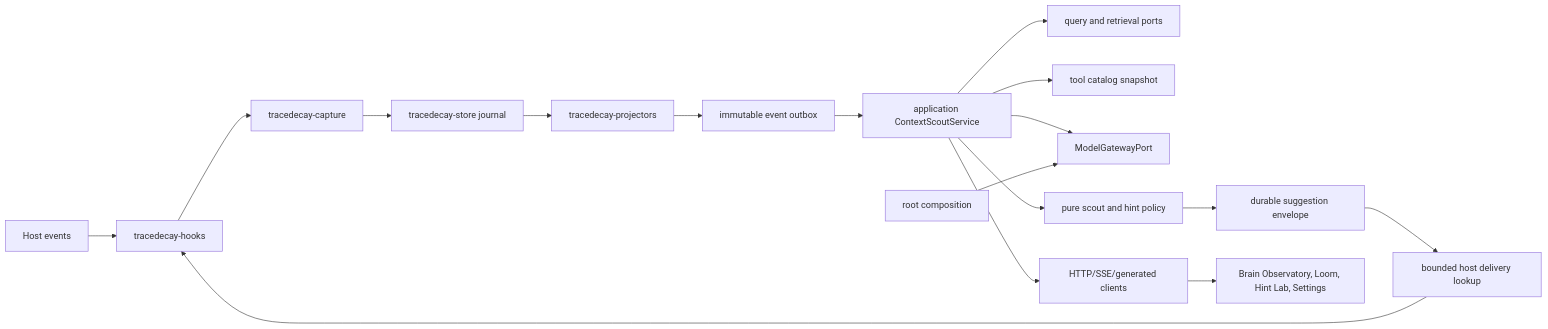
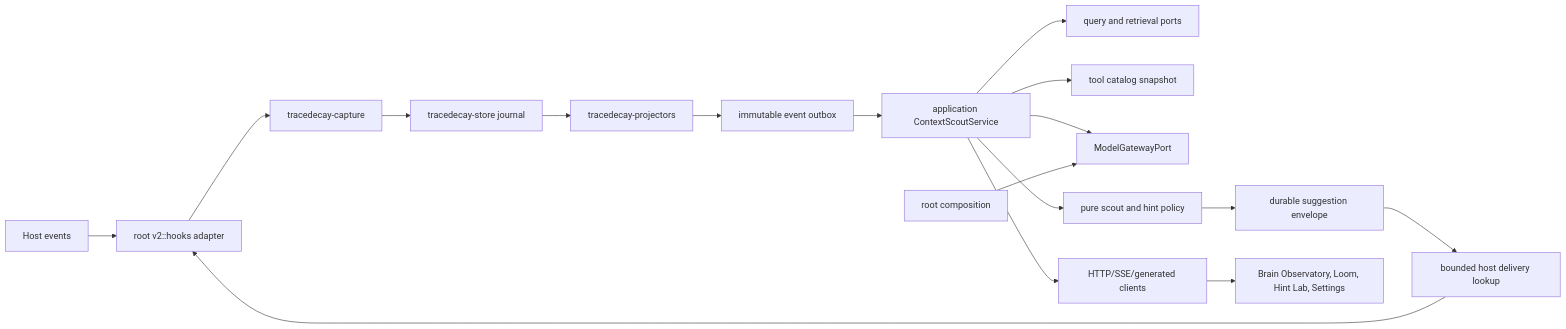
Before and after one commit to ScriptedAlchemy/tracedecay: the diagram in docs/plans/tracedecay-v2/22-incremental-context-scout-and-suggestion-envelopes.md, drawn with Mermaid. The commit also changed other lines of this file and 28 other files, not shown here.

````diff
--- a/docs/plans/tracedecay-v2/22-incremental-context-scout-and-suggestion-envelopes.md
+++ b/docs/plans/tracedecay-v2/22-incremental-context-scout-and-suggestion-envelopes.md
@@ -75,19 +76,19 @@
 ```mermaid
 flowchart LR
-    Host["Host events"] --> Hooks["tracedecay-hooks"]
+    Host["Host events"] --> Hooks["root v2::hooks adapter"]
     Hooks --> Capture["tracedecay-capture"]
     Capture --> Store["tracedecay-store journal"]
     Store --> Projectors["tracedecay-projectors"]
     Projectors --> Outbox["immutable event outbox"]
     Outbox --> App["application ContextScoutService"]
     App --> Query["query and retrieval ports"]
     App --> Catalog["tool catalog snapshot"]
     App --> Gateway["ModelGatewayPort"]
     Root["root composition"] --> Gateway
     App --> Policy["pure scout and hint policy"]
     Policy --> Envelope["durable suggestion envelope"]
     Envelope --> Delivery["bounded host delivery lookup"]
     Delivery --> Hooks
     App --> API["HTTP/SSE/generated clients"]
     API --> UI["Brain Observatory, Loom, Hint Lab, Settings"]
 ```
````
